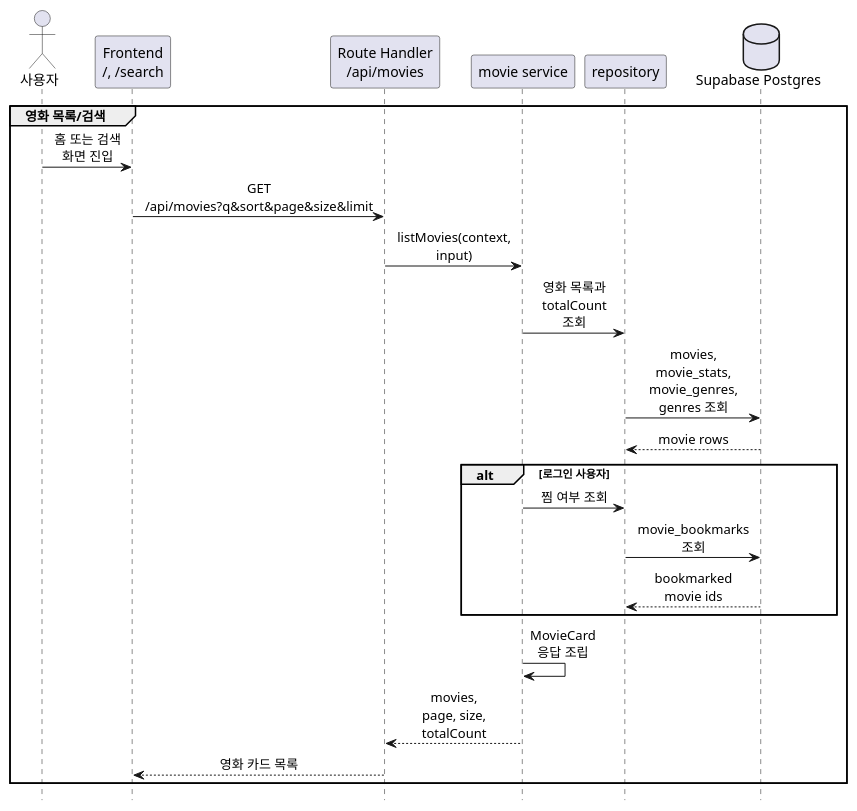
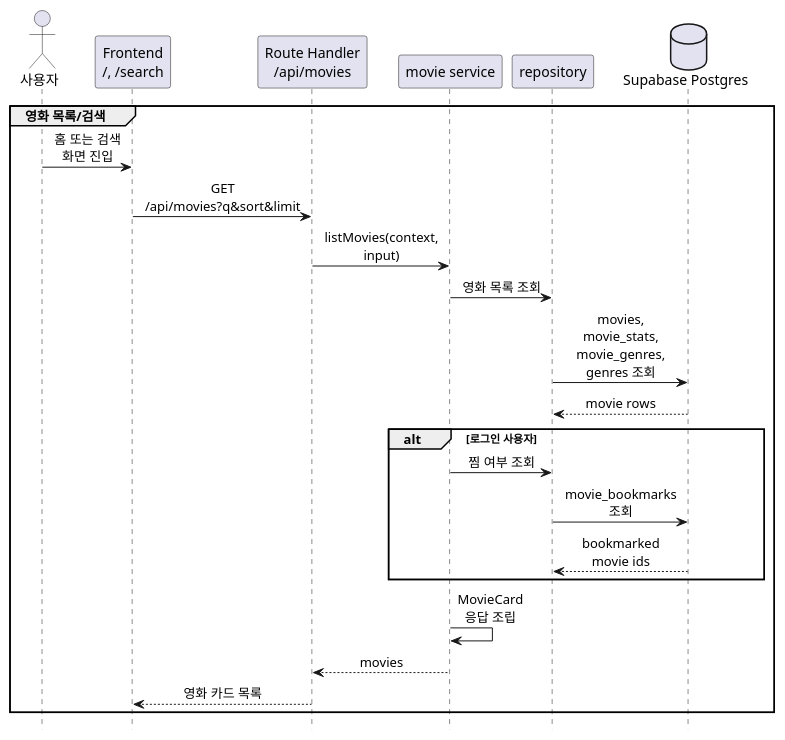
One commit to skkuse/2026spring_41class_team2 changed the first of 2 diagrams in docs/implementation-plan/2.movie-basic-data-exploration-implementation-plan.md. Above: the diagram before and after it, drawn with PlantUML. The commit also changed other lines of this file and 4 other files, not shown here.

````diff
--- a/docs/implementation-plan/2.movie-basic-data-exploration-implementation-plan.md
+++ b/docs/implementation-plan/2.movie-basic-data-exploration-implementation-plan.md
@@ -51,31 +51,31 @@
 ```plantuml
 @startuml
 hide footbox
 skinparam sequenceMessageAlign center
 skinparam maxMessageSize 80
 
 actor "사용자" as User
 participant "Frontend\n/, /search" as FE
 participant "Route Handler\n/api/movies" as Route
 participant "movie service" as Service
 participant "repository" as Repo
 database "Supabase Postgres" as DB
 
 group 영화 목록/검색
   User -> FE: 홈 또는 검색 화면 진입
-  FE -> Route: GET /api/movies?q&sort&page&size&limit
+  FE -> Route: GET /api/movies?q&sort&limit
   Route -> Service: listMovies(context, input)
-  Service -> Repo: 영화 목록과 totalCount 조회
+  Service -> Repo: 영화 목록 조회
   Repo -> DB: movies, movie_stats, movie_genres, genres 조회
   DB --> Repo: movie rows
   alt 로그인 사용자
     Service -> Repo: 찜 여부 조회
     Repo -> DB: movie_bookmarks 조회
     DB --> Repo: bookmarked movie ids
   end
   Service -> Service: MovieCard 응답 조립
-  Service --> Route: movies, page, size, totalCount
+  Service --> Route: movies
   Route --> FE: 영화 카드 목록
 end
 @enduml
 ```
````
